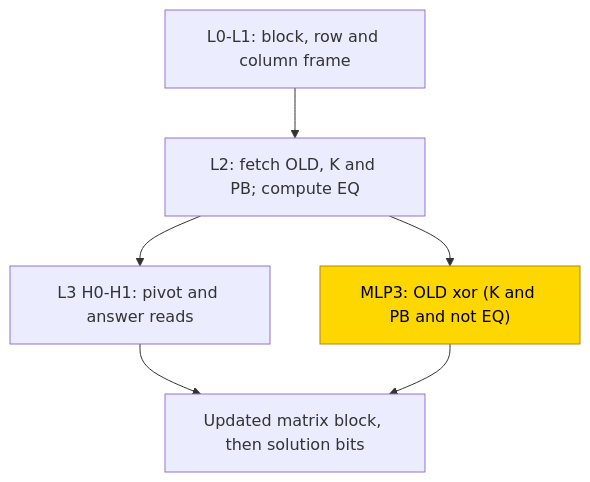
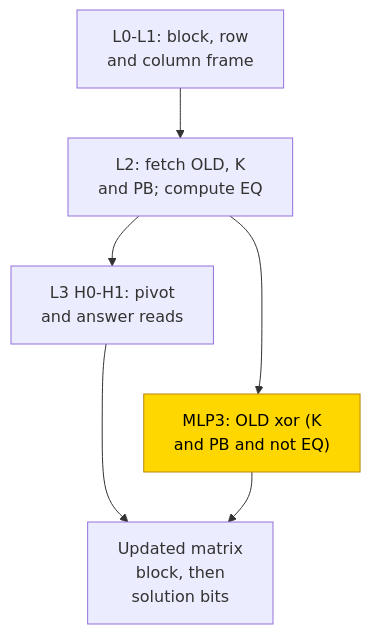
Before and after one commit to jc1122/mechanistic-interpretability-circuit-atlas: the first of 2 diagrams in entries/gf2-elimination.md, drawn with Mermaid. The commit also changed other lines of this file and 39 other files, not shown here.

````diff
--- a/entries/gf2-elimination.md
+++ b/entries/gf2-elimination.md
@@ -63,12 +63,14 @@
 ```mermaid
 flowchart TD
     accTitle: Hand-built binary row update and parallel pivot reads
     accDescr: A frozen row and column frame feeds operand-bit fetches and the equality flag. Pivot and answer reads run alongside the XOR-AND row-update MLP before writing the matrix and solution. Only the update MLP is trained in PART; the separate attention-only PART cell has different trainable components.
-  A["L0-L1: block, row and column frame"] --> B["L2: fetch OLD, K and PB; compute EQ"]
-  B --> C["L3 H0-H1: pivot and answer reads"]
-  B --> D["MLP3: OLD xor (K and PB and not EQ)"]
-  C --> E["Updated matrix block, then solution bits"]
+  A["L0-L1: block, row<br/>and column frame"] --> B["L2: fetch OLD, K<br/>and PB; compute EQ"]
+  B --> C["L3 H0-H1: pivot<br/>and answer reads"]
+  B --> D["MLP3: OLD xor (K<br/>and PB and not EQ)"]
+  C --> E["Updated matrix<br/>block, then<br/>solution bits"]
   D --> E
   classDef trained fill:gold,stroke:darkgoldenrod,color:black
   class D trained
+    %% Invisible links constrain vertical layout only, not computation.
+    C ~~~ D
 ```
````
